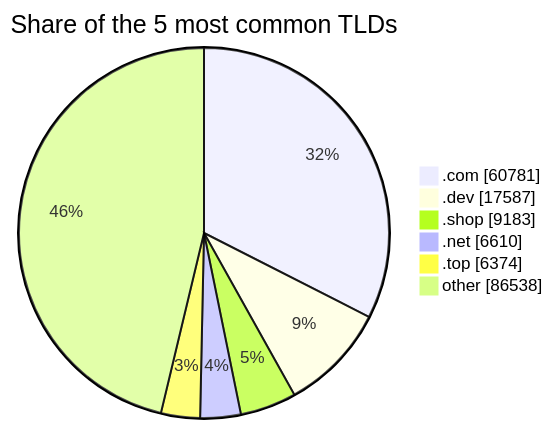
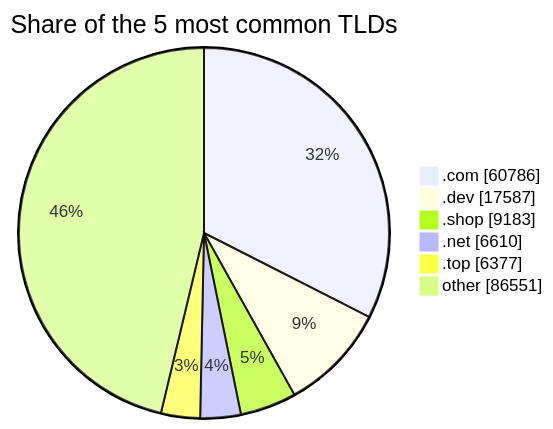
One commit to DNSBunker/CTI changed the third of 3 diagrams in README.md. Above: the diagram before and after it, drawn with Mermaid. The commit also changed other lines of this file and 3 other files, not shown here.

````diff
--- a/README.md
+++ b/README.md
@@ -81,9 +81,9 @@
 ```mermaid
 pie showData title Share of the 5 most common TLDs
-    ".com" : 60781
+    ".com" : 60786
     ".dev" : 17587
     ".shop" : 9183
     ".net" : 6610
-    ".top" : 6374
-    "other" : 86538
+    ".top" : 6377
+    "other" : 86551
 ```
````
